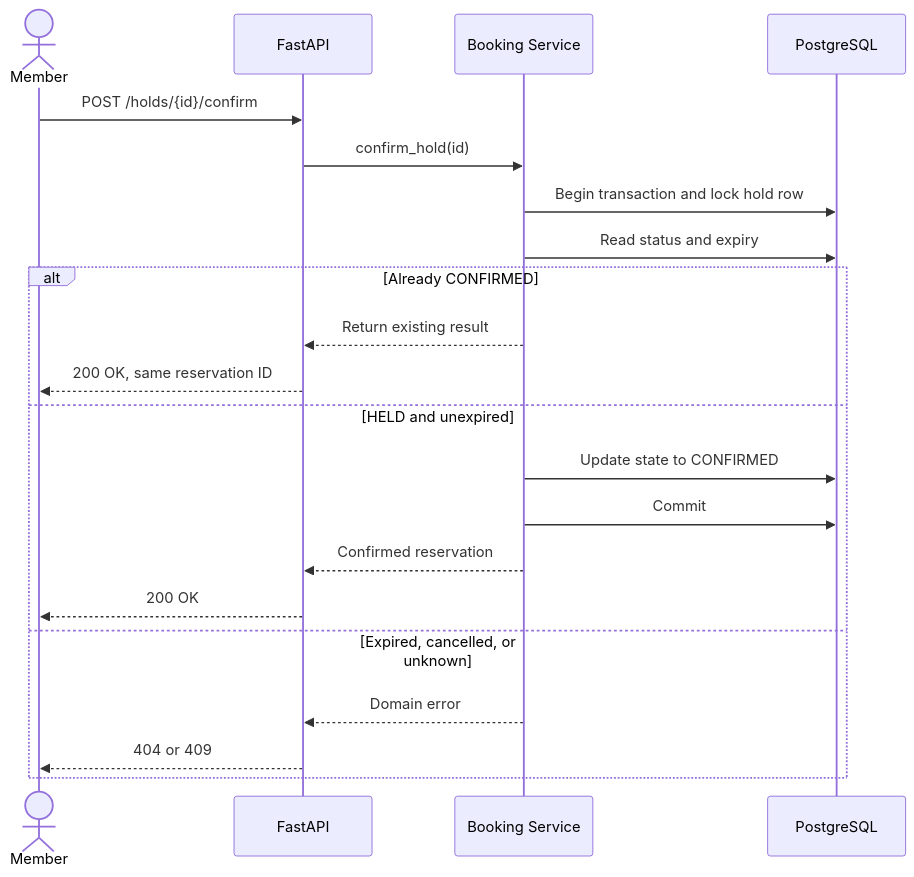
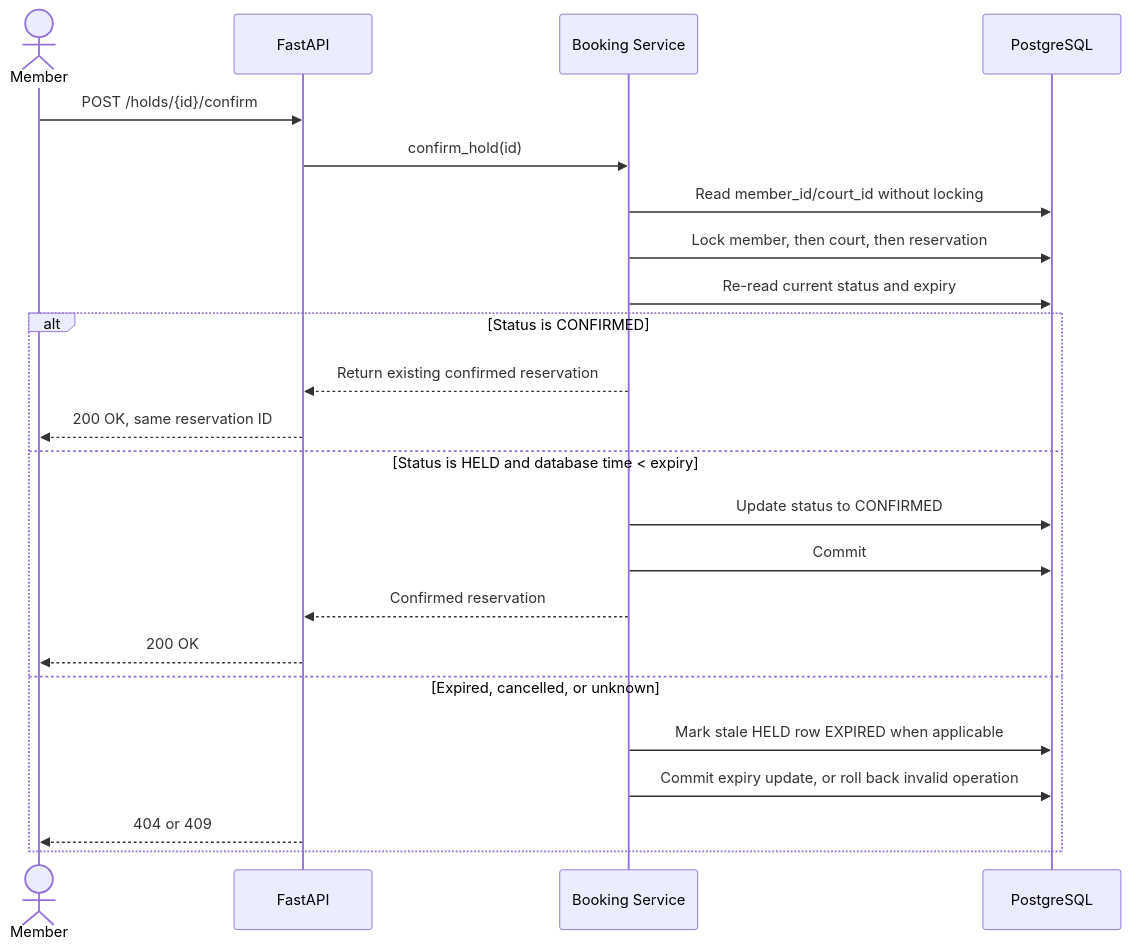
Before and after one commit to sanjana31206-lgtm/sports-court-booking: the fifth of 6 diagrams in Design.md, drawn with Mermaid. The commit also changed other lines of this file, not shown here.

````diff
--- a/Design.md
+++ b/Design.md
@@ -218,24 +238,26 @@
 ``` mermaid
 sequenceDiagram
     actor Member
     participant API as FastAPI
     participant S as Booking Service
     participant DB as PostgreSQL
 
     Member->>API: POST /holds/{id}/confirm
     API->>S: confirm_hold(id)
-    S->>DB: Begin transaction and lock hold row
-    S->>DB: Read status and expiry
-    alt Already CONFIRMED
-        S-->>API: Return existing result
+    S->>DB: Read member_id/court_id without locking
+    S->>DB: Lock member, then court, then reservation
+    S->>DB: Re-read current status and expiry
+    alt Status is CONFIRMED
+        S-->>API: Return existing confirmed reservation
         API-->>Member: 200 OK, same reservation ID
-    else HELD and unexpired
-        S->>DB: Update state to CONFIRMED
+    else Status is HELD and database time < expiry
+        S->>DB: Update status to CONFIRMED
         S->>DB: Commit
         S-->>API: Confirmed reservation
         API-->>Member: 200 OK
     else Expired, cancelled, or unknown
-        S-->>API: Domain error
+        S->>DB: Mark stale HELD row EXPIRED when applicable
+        S->>DB: Commit expiry update, or roll back invalid operation
         API-->>Member: 404 or 409
     end
 ```
````
